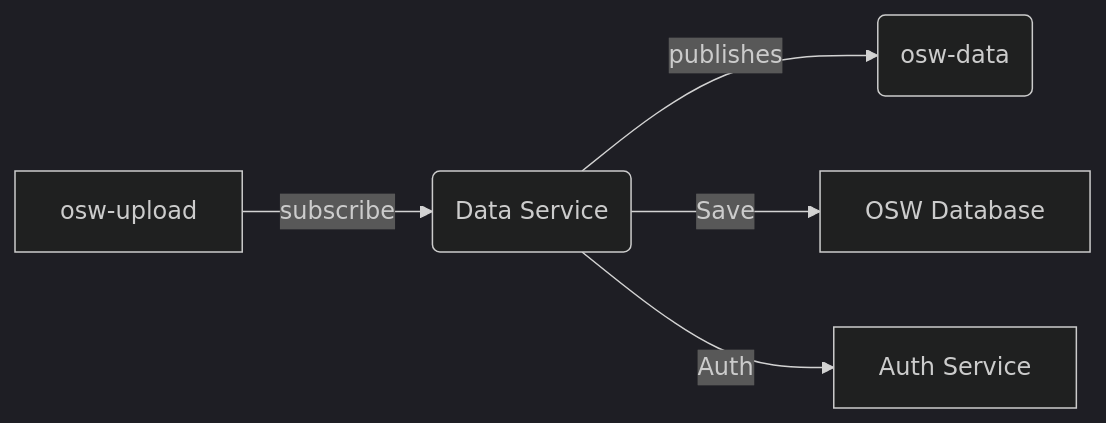
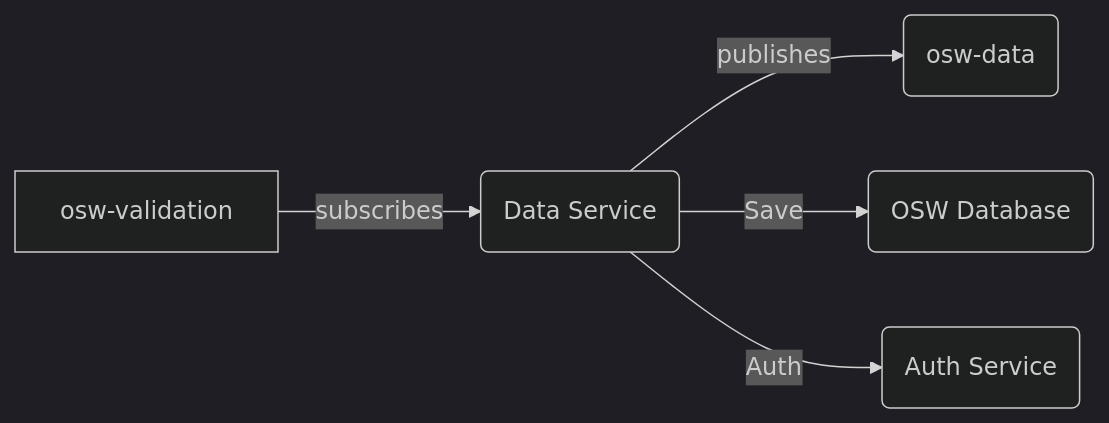
Before and after one commit to TaskarCenterAtUW/TDEI-osw-datasvc-ts: the diagram in README.md, drawn with Mermaid (dark theme). The commit also changed other lines of this file, not shown here.

Commit message:
schema update

````diff
--- a/README.md
+++ b/README.md
@@ -59,6 +59,6 @@
 ```mermaid
 graph LR;
-    A[osw-upload] -->|subscribe| B(Data Service) -->|publishes| C(osw-data)
-    B -->|Save| D[OSW Database]
-    B -->|Auth| E[Auth Service]
+    A[osw-validation] -->|subscribes| B(Data Service) -->|publishes| C(osw-data)
+    B -->|Save| D(OSW Database)
+    B -->|Auth| E(Auth Service)
 ```
````
